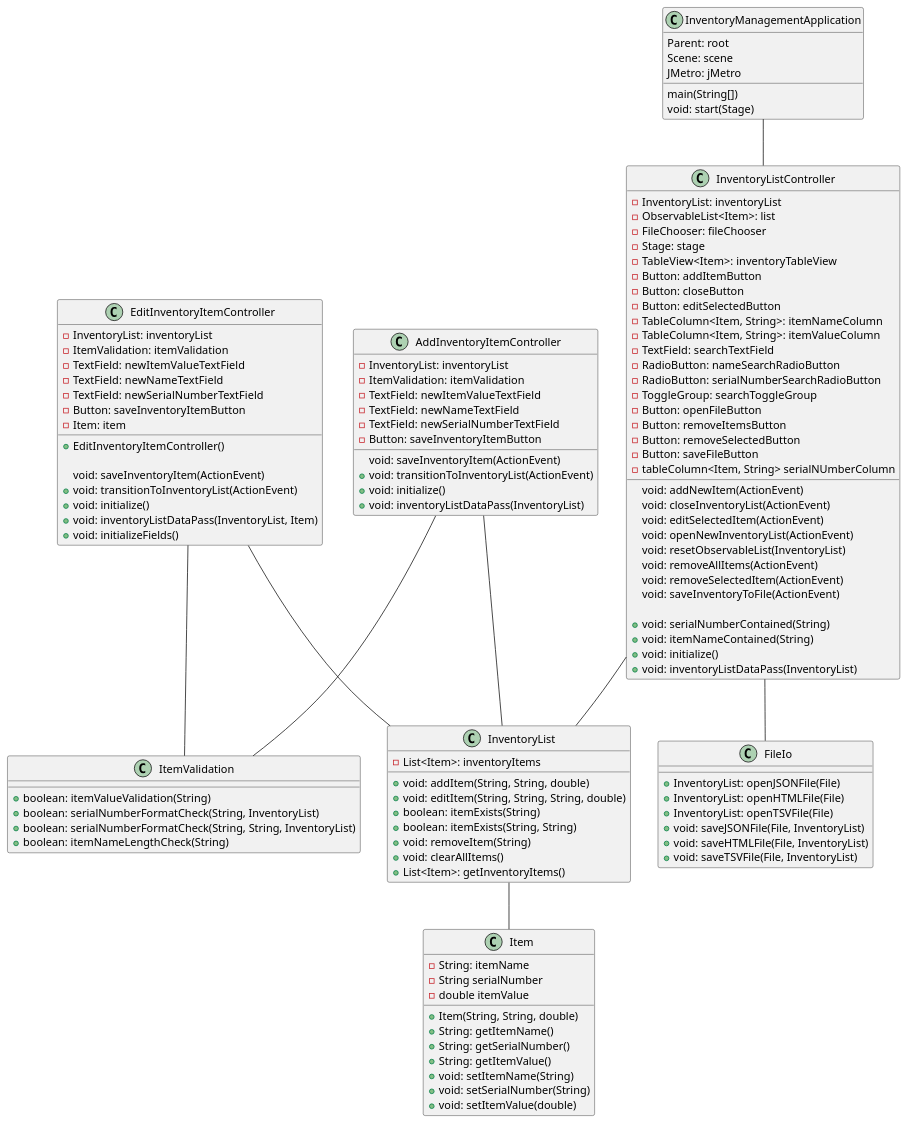
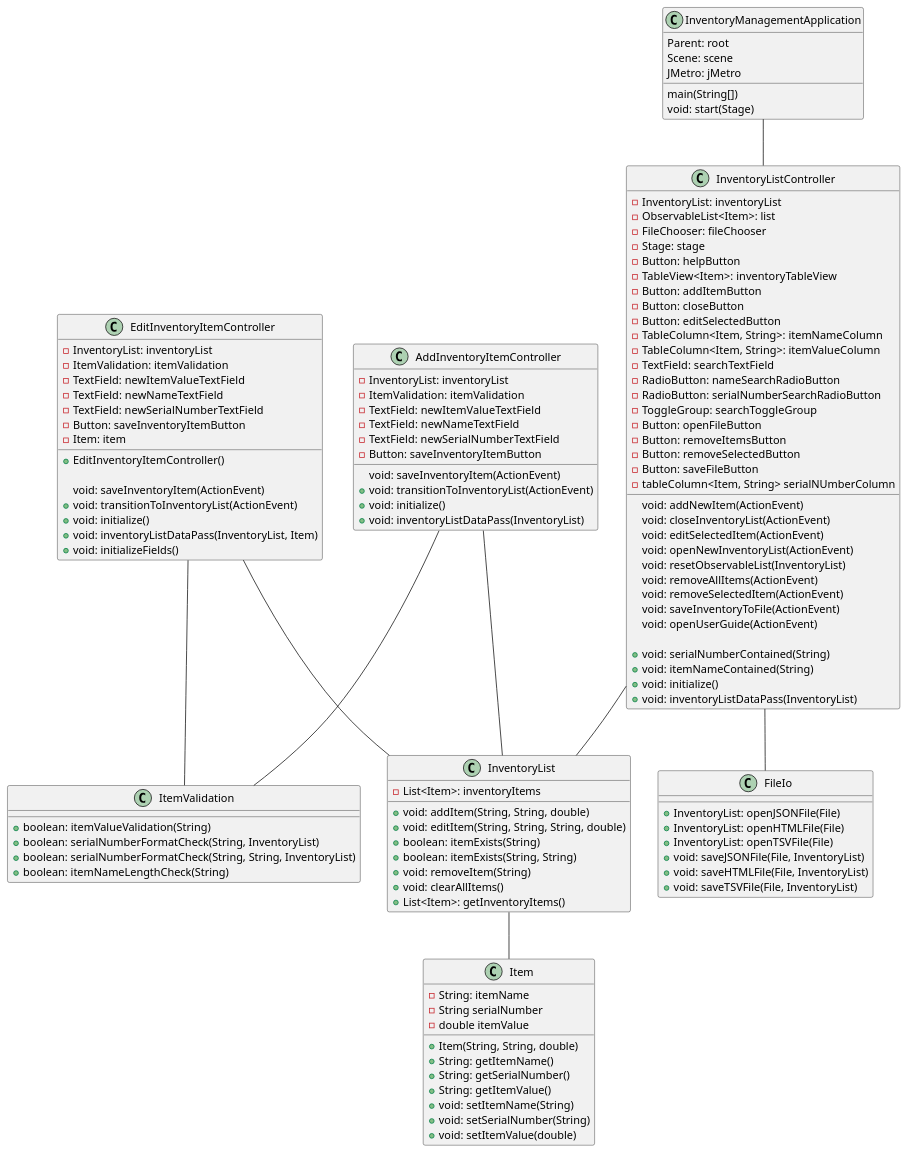
One commit to CapOregon9/bagherzadeh-app2 changed the diagram in docs/classes.puml. Above: the diagram before and after it, drawn with PlantUML. The commit also changed 9 other files, not shown here.

Commit message:
Made user guide and added way to access user guide from within the application

```diff
--- a/docs/classes.puml
+++ b/docs/classes.puml
@@ -1,128 +1,130 @@
 @startuml
 AddInventoryItemController -- InventoryList
 AddInventoryItemController -- ItemValidation
 EditInventoryItemController -- InventoryList
 EditInventoryItemController -- ItemValidation
 InventoryListController -- InventoryList
 InventoryListController -- FileIo
 InventoryManagementApplication -- InventoryListController
 InventoryList -- Item
 
 class AddInventoryItemController {
     -InventoryList: inventoryList
     -ItemValidation: itemValidation
     -TextField: newItemValueTextField
     -TextField: newNameTextField
     -TextField: newSerialNumberTextField
     -Button: saveInventoryItemButton
 
     void: saveInventoryItem(ActionEvent)
     +void: transitionToInventoryList(ActionEvent)
     +void: initialize()
     +void: inventoryListDataPass(InventoryList)
 }
 
 class EditInventoryItemController {
     -InventoryList: inventoryList
     -ItemValidation: itemValidation
     -TextField: newItemValueTextField
     -TextField: newNameTextField
     -TextField: newSerialNumberTextField
     -Button: saveInventoryItemButton
     -Item: item
 
     +EditInventoryItemController()
 
     void: saveInventoryItem(ActionEvent)
     +void: transitionToInventoryList(ActionEvent)
     +void: initialize()
     +void: inventoryListDataPass(InventoryList, Item)
     +void: initializeFields()
 }
 
 class FileIo {
     +InventoryList: openJSONFile(File)
     +InventoryList: openHTMLFile(File)
     +InventoryList: openTSVFile(File)
     +void: saveJSONFile(File, InventoryList)
     +void: saveHTMLFile(File, InventoryList)
     +void: saveTSVFile(File, InventoryList)
 }
 
 class InventoryList {
     -List<Item>: inventoryItems
 
     +void: addItem(String, String, double)
     +void: editItem(String, String, String, double)
     +boolean: itemExists(String)
     +boolean: itemExists(String, String)
     +void: removeItem(String)
     +void: clearAllItems()
     +List<Item>: getInventoryItems()
 }
 
 class InventoryListController {
     -InventoryList: inventoryList
     -ObservableList<Item>: list
     -FileChooser: fileChooser
     -Stage: stage
+    -Button: helpButton
     -TableView<Item>: inventoryTableView
     -Button: addItemButton
     -Button: closeButton
     -Button: editSelectedButton
     -TableColumn<Item, String>: itemNameColumn
     -TableColumn<Item, String>: itemValueColumn
     -TextField: searchTextField
     -RadioButton: nameSearchRadioButton
     -RadioButton: serialNumberSearchRadioButton
     -ToggleGroup: searchToggleGroup
     -Button: openFileButton
     -Button: removeItemsButton
     -Button: removeSelectedButton
     -Button: saveFileButton
     -tableColumn<Item, String> serialNUmberColumn
 
     void: addNewItem(ActionEvent)
     void: closeInventoryList(ActionEvent)
     void: editSelectedItem(ActionEvent)
     void: openNewInventoryList(ActionEvent)
     void: resetObservableList(InventoryList)
     void: removeAllItems(ActionEvent)
     void: removeSelectedItem(ActionEvent)
     void: saveInventoryToFile(ActionEvent)
+    void: openUserGuide(ActionEvent)
 
     +void: serialNumberContained(String)
     +void: itemNameContained(String)
     +void: initialize()
     +void: inventoryListDataPass(InventoryList)
 }
 
 class InventoryManagementApplication {
     main(String[])
     void: start(Stage)
     Parent: root
     Scene: scene
     JMetro: jMetro
 }
 
 class Item {
     -String: itemName
     -String serialNumber
     -double itemValue
 
     +Item(String, String, double)
     +String: getItemName()
     +String: getSerialNumber()
     +String: getItemValue()
     +void: setItemName(String)
     +void: setSerialNumber(String)
     +void: setItemValue(double)
 }
 
 class ItemValidation {
     +boolean: itemValueValidation(String)
     +boolean: serialNumberFormatCheck(String, InventoryList)
     +boolean: serialNumberFormatCheck(String, String, InventoryList)
     +boolean: itemNameLengthCheck(String)
 }
 @enduml
```
